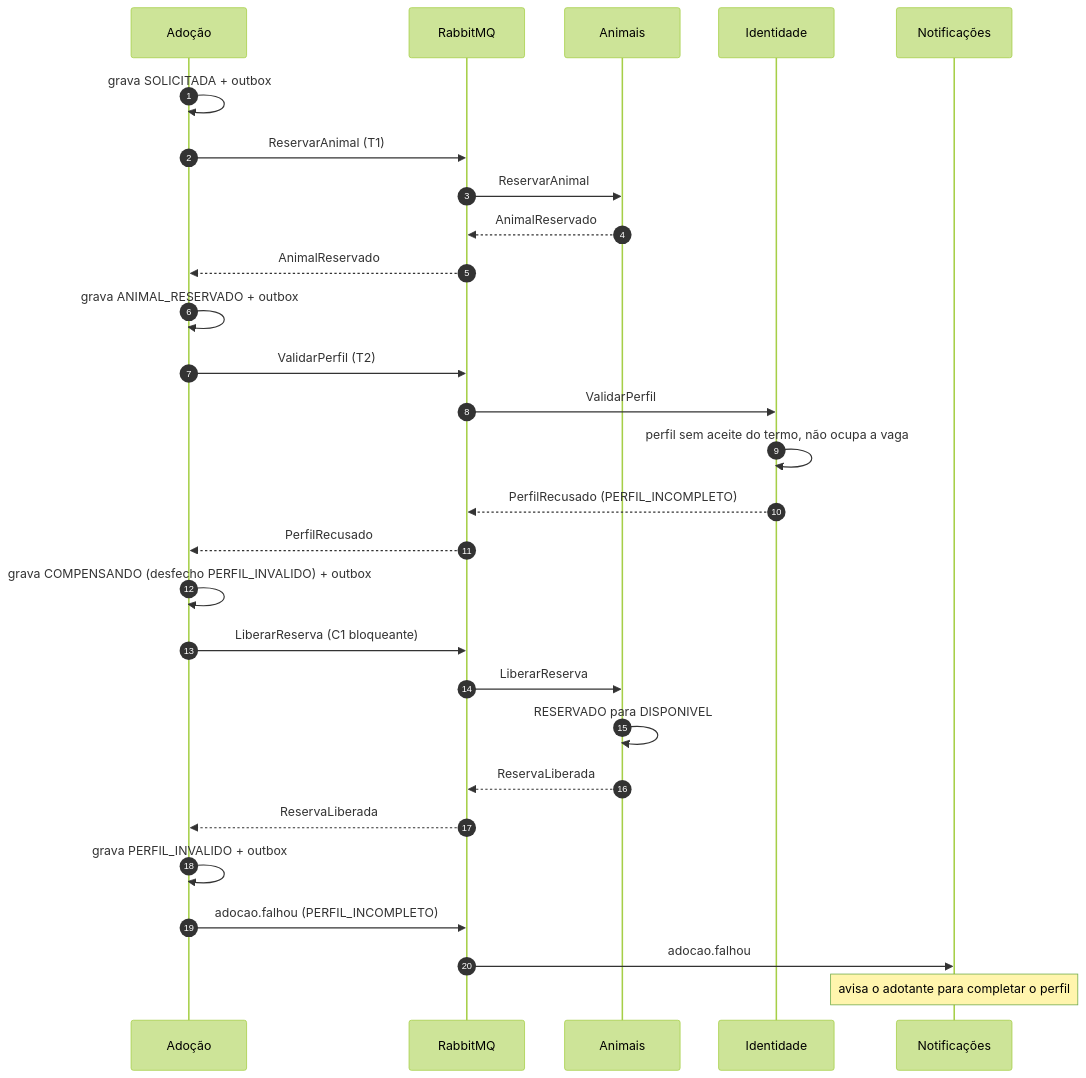
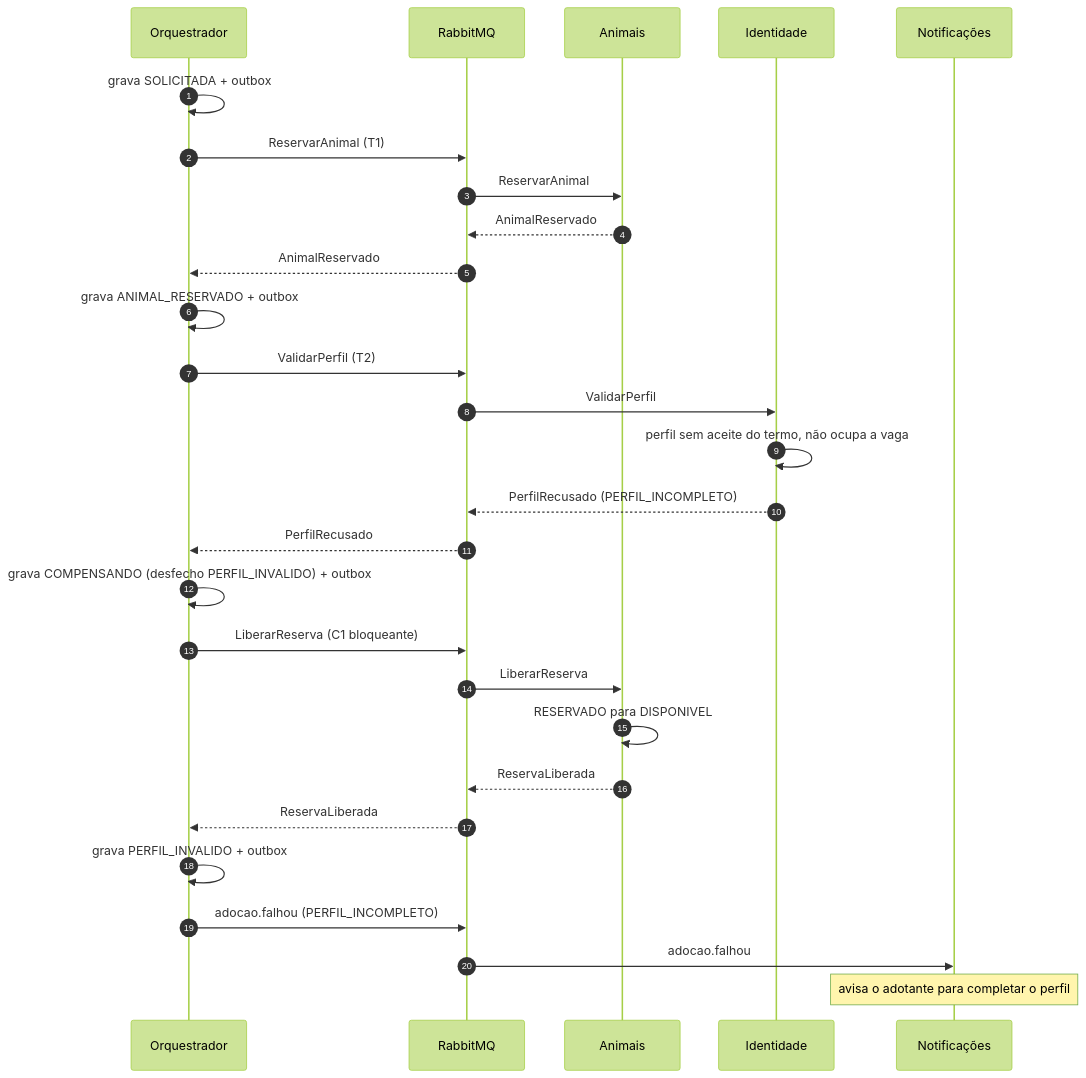
Before and after one commit to gxbreus/ampara: the third of 5 diagrams in docs/saga.md, drawn with Mermaid (forest theme). The commit also changed other lines of this file and 6 other files, not shown here.

````diff
--- a/docs/saga.md
+++ b/docs/saga.md
@@ -190,31 +203,31 @@
 ```mermaid
 sequenceDiagram
     autonumber
-    participant AD as Adoção
+    participant OR as Orquestrador
     participant MQ as RabbitMQ
     participant AN as Animais
     participant ID as Identidade
     participant NO as Notificações
 
-    AD->>AD: grava SOLICITADA + outbox
-    AD->>MQ: ReservarAnimal (T1)
+    OR->>OR: grava SOLICITADA + outbox
+    OR->>MQ: ReservarAnimal (T1)
     MQ->>AN: ReservarAnimal
     AN-->>MQ: AnimalReservado
-    MQ-->>AD: AnimalReservado
-    AD->>AD: grava ANIMAL_RESERVADO + outbox
-    AD->>MQ: ValidarPerfil (T2)
+    MQ-->>OR: AnimalReservado
+    OR->>OR: grava ANIMAL_RESERVADO + outbox
+    OR->>MQ: ValidarPerfil (T2)
     MQ->>ID: ValidarPerfil
     ID->>ID: perfil sem aceite do termo, não ocupa a vaga
     ID-->>MQ: PerfilRecusado (PERFIL_INCOMPLETO)
-    MQ-->>AD: PerfilRecusado
-    AD->>AD: grava COMPENSANDO (desfecho PERFIL_INVALIDO) + outbox
-    AD->>MQ: LiberarReserva (C1 bloqueante)
+    MQ-->>OR: PerfilRecusado
+    OR->>OR: grava COMPENSANDO (desfecho PERFIL_INVALIDO) + outbox
+    OR->>MQ: LiberarReserva (C1 bloqueante)
     MQ->>AN: LiberarReserva
     AN->>AN: RESERVADO para DISPONIVEL
     AN-->>MQ: ReservaLiberada
-    MQ-->>AD: ReservaLiberada
-    AD->>AD: grava PERFIL_INVALIDO + outbox
-    AD->>MQ: adocao.falhou (PERFIL_INCOMPLETO)
+    MQ-->>OR: ReservaLiberada
+    OR->>OR: grava PERFIL_INVALIDO + outbox
+    OR->>MQ: adocao.falhou (PERFIL_INCOMPLETO)
     MQ->>NO: adocao.falhou
     Note over NO: avisa o adotante para completar o perfil
 ```
````
